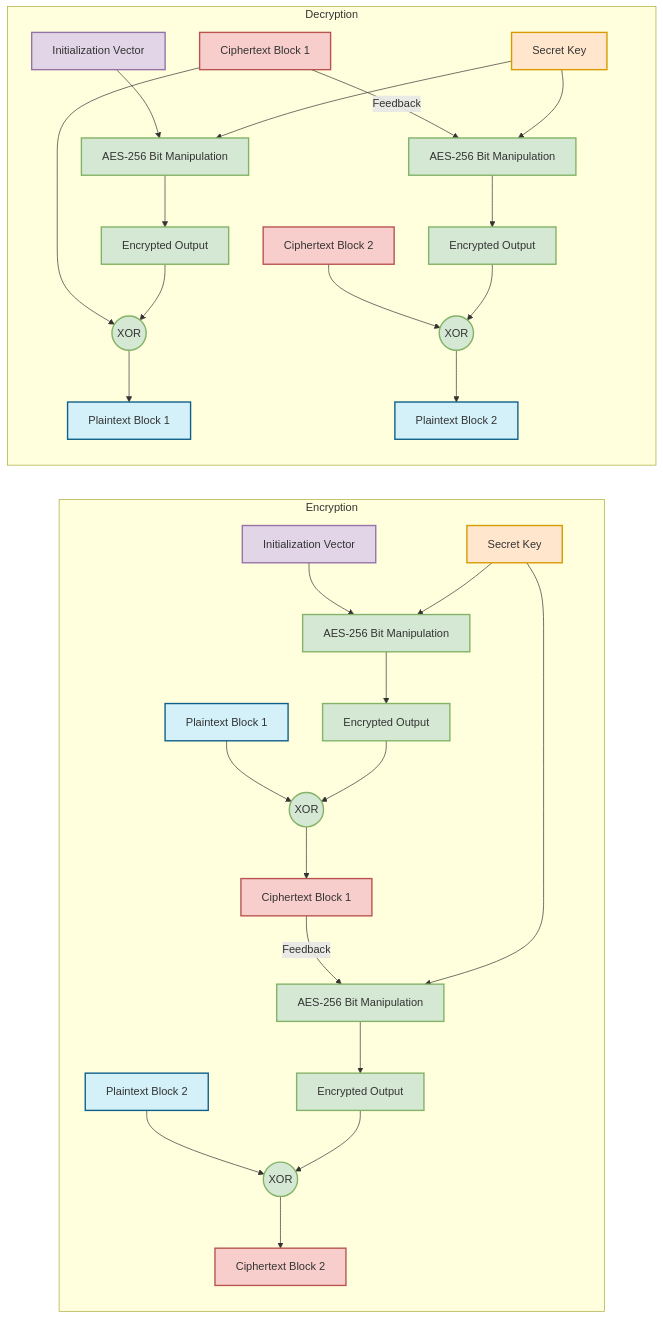
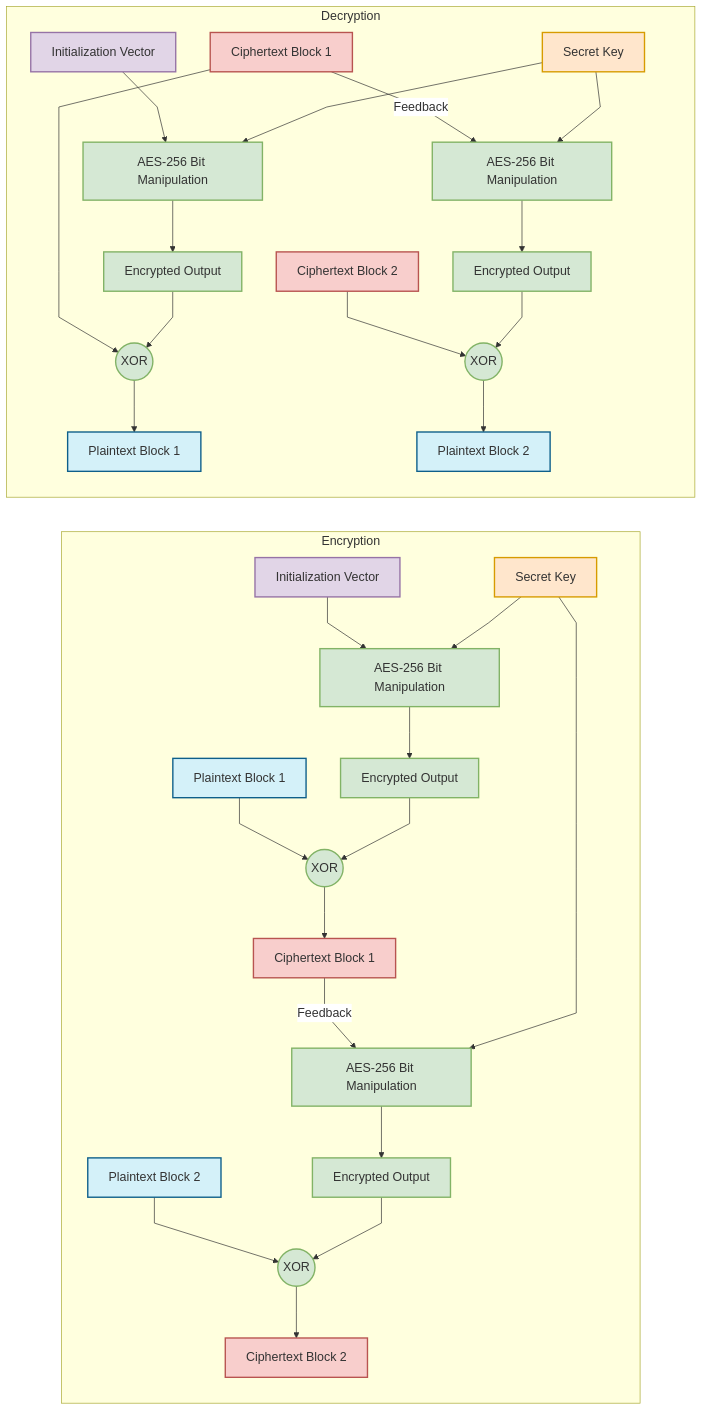
One commit to adamzoiss/senior-design-312 changed the second of 2 diagrams in docs/aes.md. Above: the diagram before and after it, drawn with Mermaid. The commit also changed 1 other file, not shown here.

Commit message:
All diag updates.

````diff
--- a/docs/aes.md
+++ b/docs/aes.md
@@ -51,50 +51,51 @@
 ```mermaid
+%%{init: {'theme': 'default', 'themeVariables': { 'fontSize': '18px', 'fontFamily': 'arial', 'edgeLabelBackground':'#ffffff', 'tertiaryColor': '#f5f5f5'}, 'flowchart': {'diagramPadding': 40, 'curve': 'linear'}} }%%
 graph LR
     %% Define styles
     classDef plaintext fill:#d4f1f9,stroke:#0e5f8a,stroke-width:2px
     classDef key fill:#ffe6cc,stroke:#d79b00,stroke-width:2px
     classDef process fill:#d5e8d4,stroke:#82b366,stroke-width:2px
     classDef ciphertext fill:#f8cecc,stroke:#b85450,stroke-width:2px
     classDef iv fill:#e1d5e7,stroke:#9673a6,stroke-width:2px
 
     %% Simplified Encryption
     subgraph Encryption
         IV1[Initialization Vector] --> E1[AES-256 Bit Manipulation]
         K1[Secret Key] --> E1
         E1 --> EO1[Encrypted Output]
         P1[Plaintext Block 1] --> XOR1((XOR))
         EO1 --> XOR1
         XOR1 --> C1[Ciphertext Block 1]
 
         C1 -->|Feedback| E2[AES-256 Bit Manipulation]
         K1 --> E2
         E2 --> EO2[Encrypted Output]
         P2[Plaintext Block 2] --> XOR2((XOR))
         EO2 --> XOR2
         XOR2 --> C2[Ciphertext Block 2]
     end
 
     %% Simplified Decryption
     subgraph Decryption
         IV2[Initialization Vector] --> E3[AES-256 Bit Manipulation]
         K2[Secret Key] --> E3
         E3 --> EO3[Encrypted Output]
         C3[Ciphertext Block 1] --> XOR3((XOR))
         EO3 --> XOR3
         XOR3 --> P3[Plaintext Block 1]
 
         C3 -->|Feedback| E4[AES-256 Bit Manipulation]
         K2 --> E4
         E4 --> EO4[Encrypted Output]
         C4[Ciphertext Block 2] --> XOR4((XOR))
         EO4 --> XOR4
         XOR4 --> P4[Plaintext Block 2]
     end
 
     %% Apply styles
     class IV1,IV2 iv
     class K1,K2 key
     class P1,P2,P3,P4 plaintext
     class E1,E2,E3,E4,EO1,EO2,EO3,EO4,XOR1,XOR2,XOR3,XOR4 process
     class C1,C2,C3,C4 ciphertext
 ```
````
